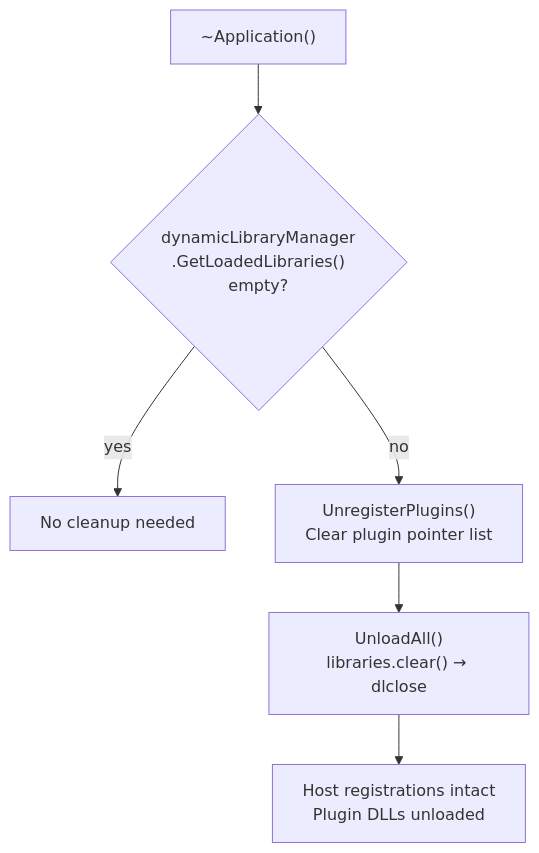
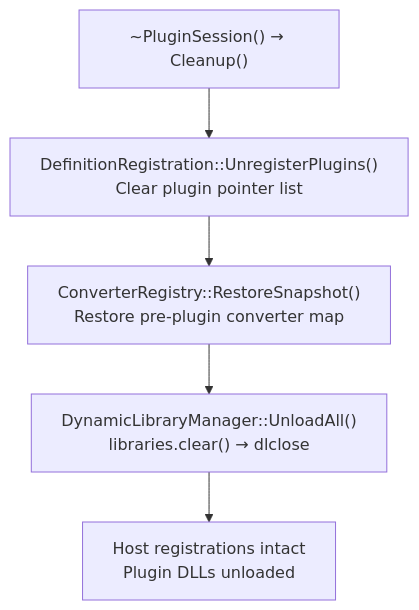
One commit to philips-software/amp-cucumber-cpp-runner changed the fifth of 5 diagrams in cucumber_cpp/library/plugin/PLUGIN_ARCHITECTURE.md. Above: the diagram before and after it, drawn with Mermaid. The commit also changed other lines of this file and 2 other files, not shown here.

Commit message:
Remove unused function

````diff
--- a/cucumber_cpp/library/plugin/PLUGIN_ARCHITECTURE.md
+++ b/cucumber_cpp/library/plugin/PLUGIN_ARCHITECTURE.md
@@ -323,13 +322,10 @@
 ```mermaid
 flowchart TD
-    dest["~Application()"]
-    check{"dynamicLibraryManager\n.GetLoadedLibraries()\nempty?"}
-    skip["No cleanup needed"]
-    unreg["UnregisterPlugins()\nClear plugin pointer list"]
-    unload["UnloadAll()\nlibraries.clear() → dlclose"]
+    dest["~PluginSession() → Cleanup()"]
+    unreg["DefinitionRegistration::UnregisterPlugins()\nClear plugin pointer list"]
+    restore["ConverterRegistry::RestoreSnapshot()\nRestore pre-plugin converter map"]
+    unload["DynamicLibraryManager::UnloadAll()\nlibraries.clear() → dlclose"]
     done["Host registrations intact\nPlugin DLLs unloaded"]
 
-    dest --> check
-    check -->|yes| skip
-    check -->|no| unreg --> unload --> done
+    dest --> unreg --> restore --> unload --> done
 ```
````
